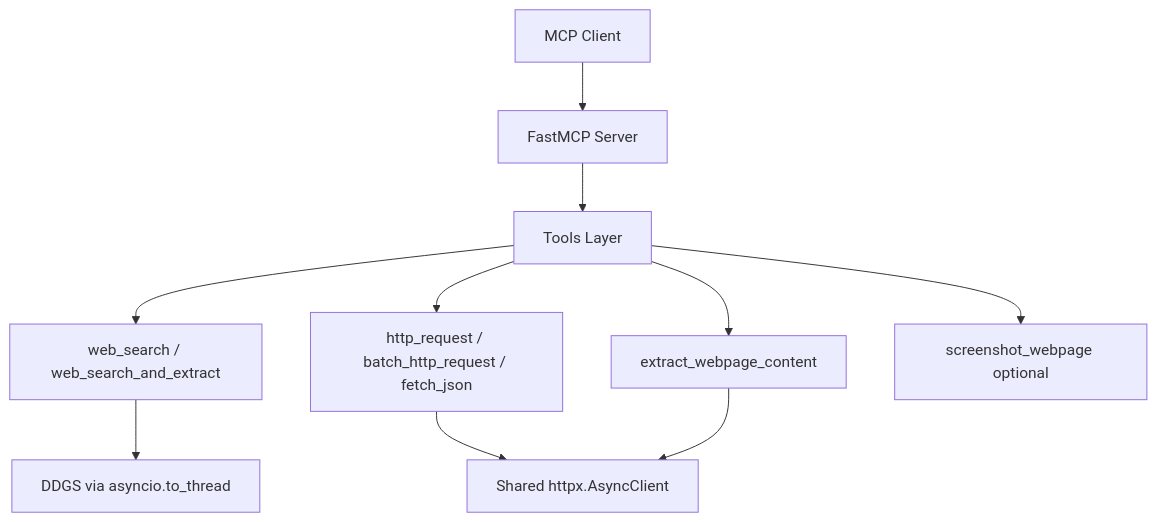
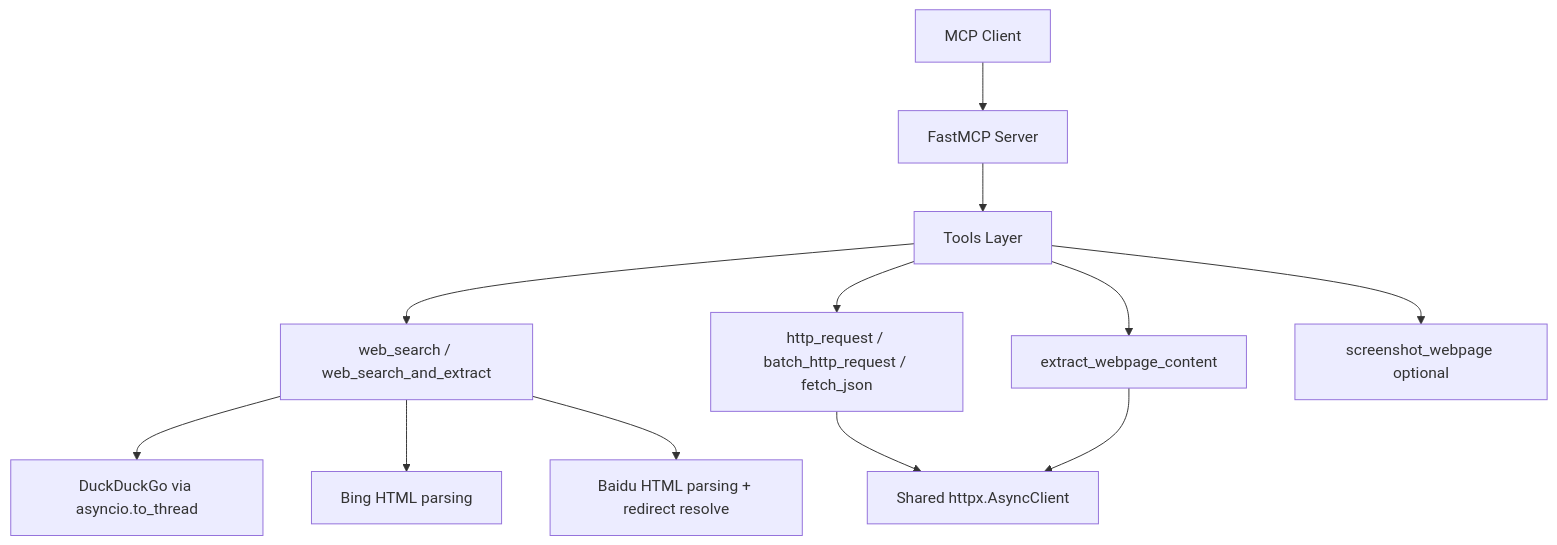
Before and after one commit to zhaiy/local-webserver-mcp: the diagram in README.md, drawn with Mermaid. The commit also changed other lines of this file and 6 other files, not shown here.

````diff
--- a/README.md
+++ b/README.md
@@ -95,12 +110,14 @@
 ```mermaid
 flowchart TD
     Client[MCP Client] --> Server[FastMCP Server]
     Server --> Tools[Tools Layer]
     Tools --> Search[web_search / web_search_and_extract]
     Tools --> Http[http_request / batch_http_request / fetch_json]
     Tools --> Extract[extract_webpage_content]
     Tools --> Shot[screenshot_webpage optional]
     Http --> AsyncClient[Shared httpx.AsyncClient]
     Extract --> AsyncClient
-    Search --> DDGS[DDGS via asyncio.to_thread]
+    Search --> DDGS[DuckDuckGo via asyncio.to_thread]
+    Search --> Bing[Bing HTML parsing]
+    Search --> Baidu[Baidu HTML parsing + redirect resolve]
 ```
````
